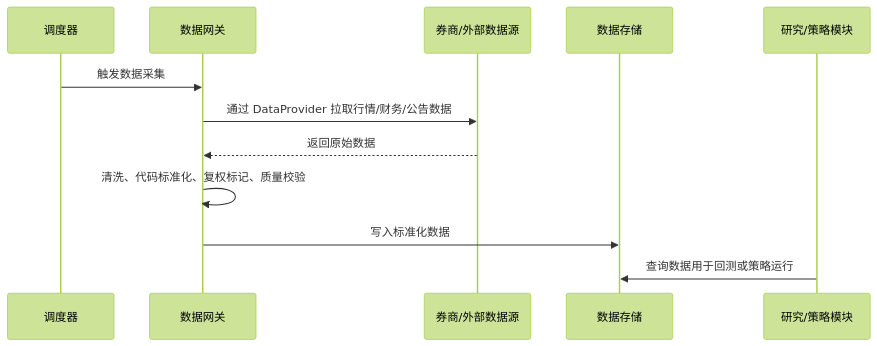
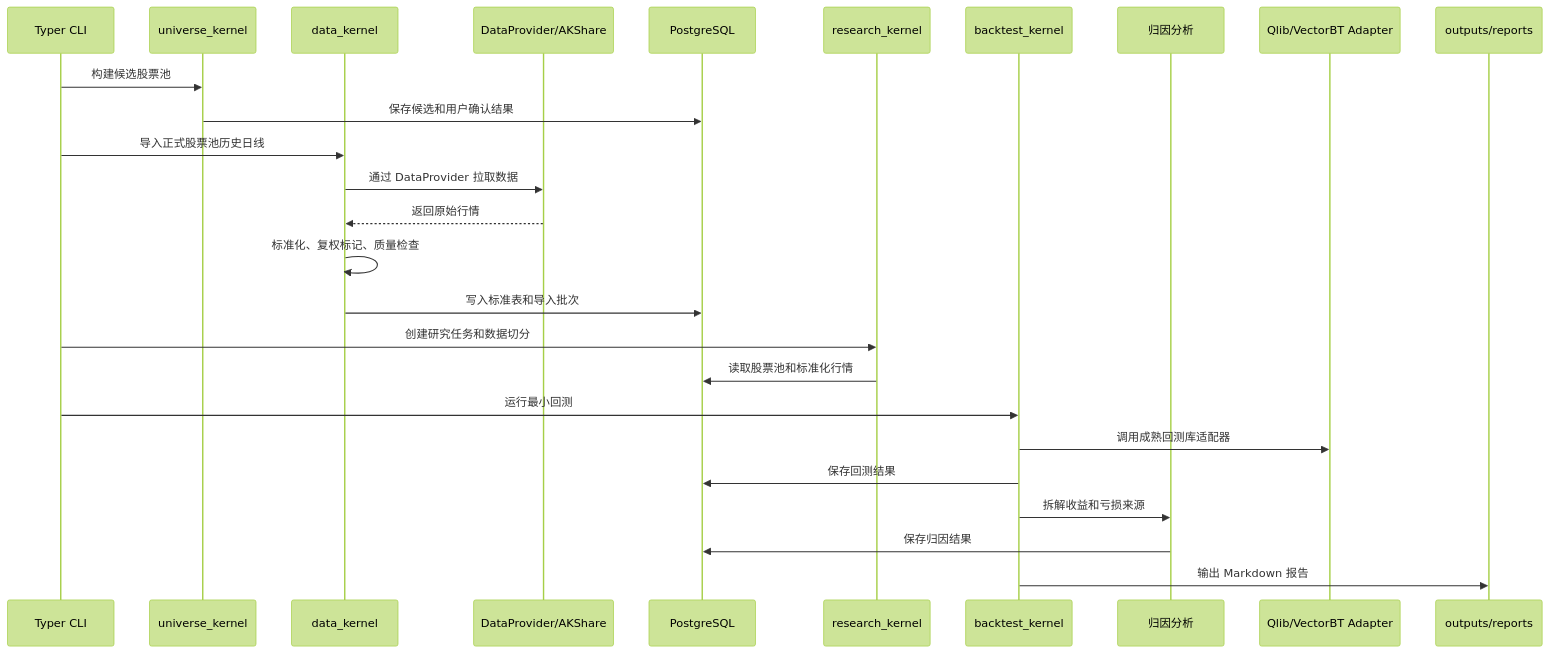
The third of 8 diagrams in docs/01-architecture.md (lyty1997/Augur_Maestro), drawn with Mermaid (forest theme) before and after one commit. The commit also changed other lines of this file and 11 other files, not shown here.

````diff
--- a/docs/01-architecture.md
+++ b/docs/01-architecture.md
@@ -411,15 +513,29 @@
 ```mermaid
 sequenceDiagram
-    participant S as 调度器
-    participant D as 数据网关
-    participant B as 券商/外部数据源
-    participant DB as 数据存储
-    participant R as 研究/策略模块
+    participant CLI as Typer CLI
+    participant U as universe_kernel
+    participant D as data_kernel
+    participant P as DataProvider/AKShare
+    participant DB as PostgreSQL
+    participant R as research_kernel
+    participant B as backtest_kernel
+    participant A as 归因分析
+    participant E as Qlib/VectorBT Adapter
+    participant O as outputs/reports
 
-    S->>D: 触发数据采集
-    D->>B: 通过 DataProvider 拉取行情/财务/公告数据
-    B-->>D: 返回原始数据
-    D->>D: 清洗、代码标准化、复权标记、质量校验
-    D->>DB: 写入标准化数据
-    R->>DB: 查询数据用于回测或策略运行
+    CLI->>U: 构建候选股票池
+    U->>DB: 保存候选和用户确认结果
+    CLI->>D: 导入正式股票池历史日线
+    D->>P: 通过 DataProvider 拉取数据
+    P-->>D: 返回原始行情
+    D->>D: 标准化、复权标记、质量检查
+    D->>DB: 写入标准表和导入批次
+    CLI->>R: 创建研究任务和数据切分
+    R->>DB: 读取股票池和标准化行情
+    CLI->>B: 运行最小回测
+    B->>E: 调用成熟回测库适配器
+    B->>DB: 保存回测结果
+    B->>A: 拆解收益和亏损来源
+    A->>DB: 保存归因结果
+    B->>O: 输出 Markdown 报告
 ```
````
